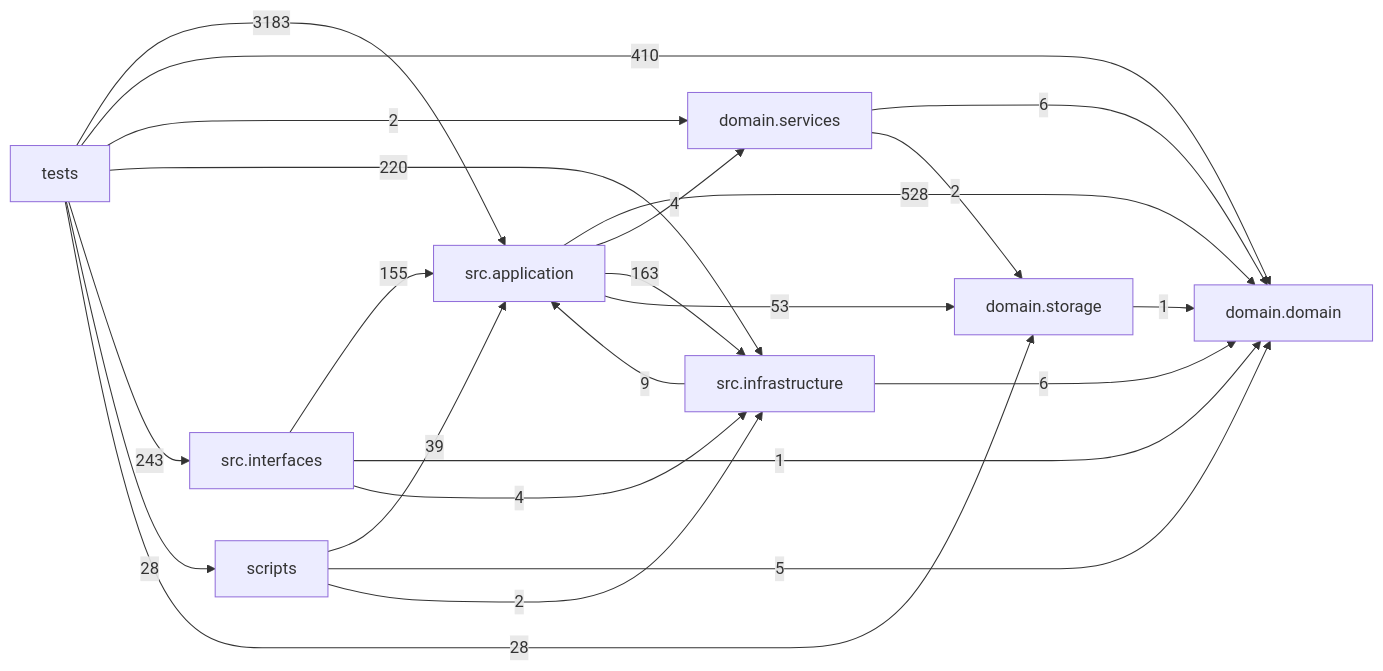
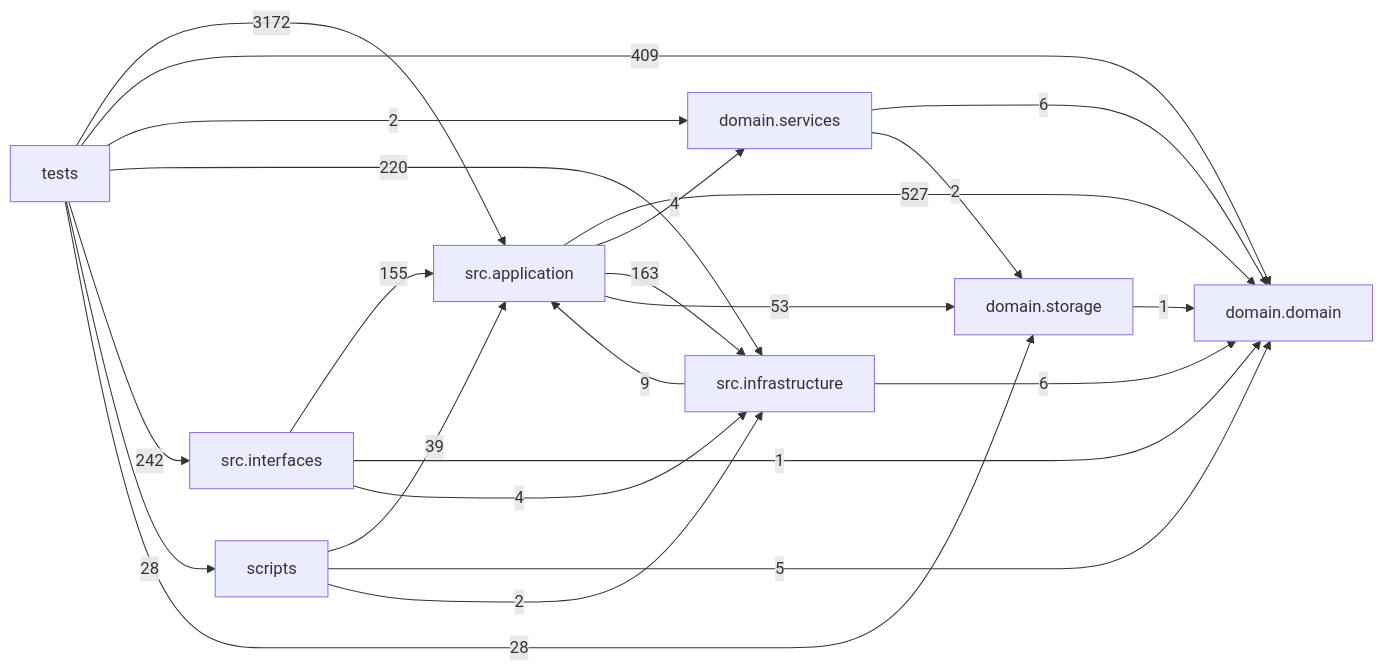
Before and after one commit to liuxie066/options-monitor: the diagram in docs/DEPENDENCY_GRAPH.md, drawn with Mermaid. The commit also changed other lines of this file and 13 other files, not shown here.

````diff
--- a/docs/DEPENDENCY_GRAPH.md
+++ b/docs/DEPENDENCY_GRAPH.md
@@ -24,33 +24,33 @@
 ```mermaid
 flowchart LR
   tests["tests"]
   scripts["scripts"]
   interfaces["src.interfaces"]
   application["src.application"]
   infrastructure["src.infrastructure"]
   domain_services["domain.services"]
   domain["domain.domain"]
   storage["domain.storage"]
-  application -->|528| domain
+  application -->|527| domain
   application -->|4| domain_services
   application -->|163| infrastructure
   application -->|53| storage
   domain_services -->|6| domain
   domain_services -->|2| storage
   infrastructure -->|9| application
   infrastructure -->|6| domain
   interfaces -->|155| application
   interfaces -->|1| domain
   interfaces -->|4| infrastructure
   scripts -->|39| application
   scripts -->|5| domain
   scripts -->|2| infrastructure
   storage -->|1| domain
-  tests -->|3183| application
-  tests -->|410| domain
+  tests -->|3172| application
+  tests -->|409| domain
   tests -->|2| domain_services
   tests -->|220| infrastructure
-  tests -->|243| interfaces
+  tests -->|242| interfaces
   tests -->|28| scripts
   tests -->|28| storage
 ```
````
